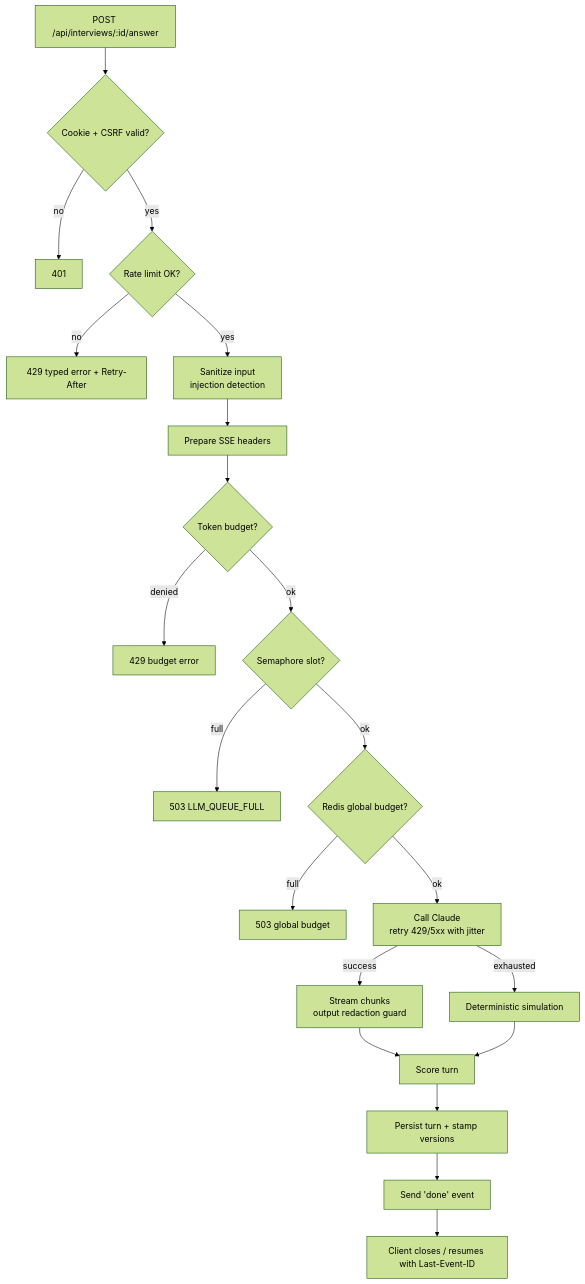
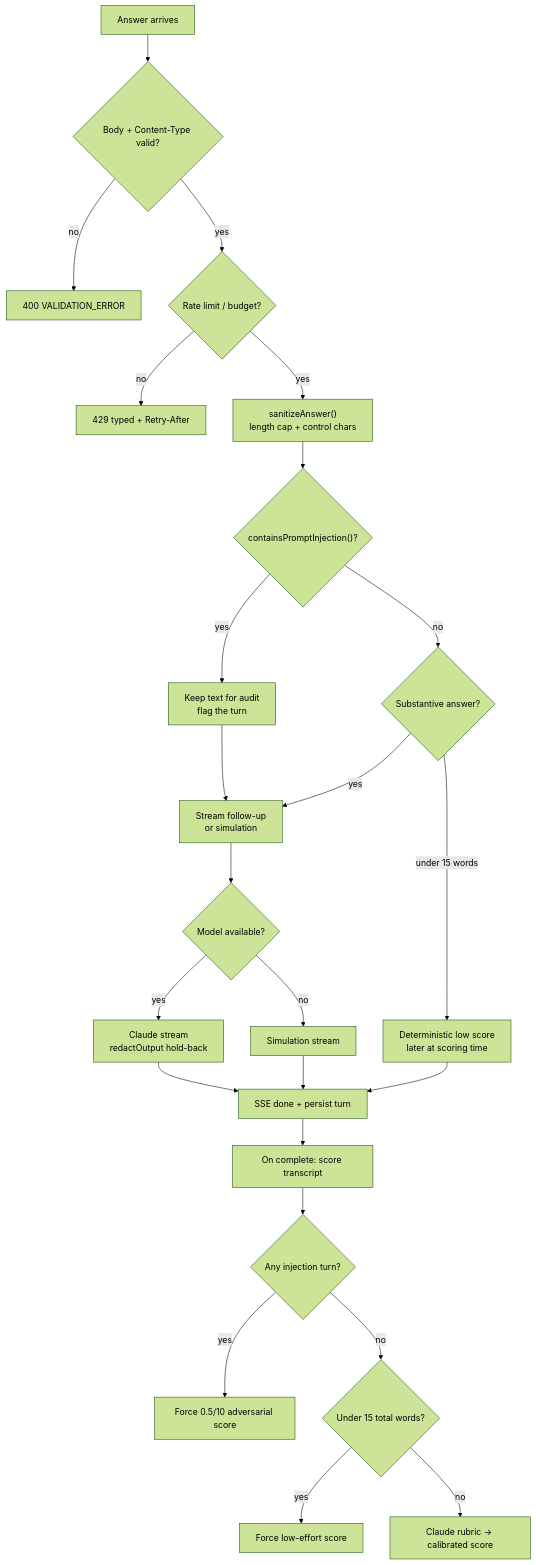
The third of 8 diagrams in README.md (sheikhayaan/PrepAi), drawn with Mermaid (forest theme) before and after one commit. The commit also changed other lines of this file and 11 other files, not shown here.

Commit message:
docs: measured README, six generated SVG figures, bench harness; fix low-effort word-count regex

````diff
--- a/README.md
+++ b/README.md
@@ -233,23 +298,26 @@
 ```mermaid
 flowchart TD
-    A[POST /api/interviews/:id/answer] --> B{Cookie + CSRF valid?}
-    B -- no --> R401[401]
-    B -- yes --> C{Rate limit OK?}
-    C -- no --> R429[429 typed error + Retry-After]
-    C -- yes --> D[Sanitize input<br/>injection detection]
-    D --> E[Prepare SSE headers]
-    E --> F{Token budget?}
-    F -- denied --> R402[429 budget error]
-    F -- ok --> G{Semaphore slot?}
-    G -- full --> R503[503 LLM_QUEUE_FULL]
-    G -- ok --> H{Redis global budget?}
-    H -- full --> R503b[503 global budget]
-    H -- ok --> I[Call Claude<br/>retry 429/5xx with jitter]
-    I -->|success| J[Stream chunks<br/>output redaction guard]
-    I -->|exhausted| K[Deterministic simulation]
-    J --> L[Score turn]
-    K --> L
-    L --> M[Persist turn + stamp versions]
-    M --> N[Send 'done' event]
-    N --> O[Client closes / resumes with Last-Event-ID]
+    A["Answer arrives"] --> B{"Body + Content-Type valid?"}
+    B -- no --> B1["400 VALIDATION_ERROR"]
+    B -- yes --> C{"Rate limit / budget?"}
+    C -- no --> C1["429 typed + Retry-After"]
+    C -- yes --> D["sanitizeAnswer()<br/>length cap + control chars"]
+    D --> E{"containsPromptInjection()?"}
+    E -- yes --> E1["Keep text for audit<br/>flag the turn"]
+    E -- no --> F{"Substantive answer?"}
+    E1 --> G["Stream follow-up<br/>or simulation"]
+    F -- "under 15 words" --> F1["Deterministic low score<br/>later at scoring time"]
+    F -- yes --> G
+    G --> H{"Model available?"}
+    H -- yes --> I["Claude stream<br/>redactOutput hold-back"]
+    H -- no --> J["Simulation stream"]
+    I --> K["SSE done + persist turn"]
+    J --> K
+    F1 --> K
+    K --> L["On complete: score transcript"]
+    L --> M{"Any injection turn?"}
+    M -- yes --> M1["Force 0.5/10 adversarial score"]
+    M -- no --> N{"Under 15 total words?"}
+    N -- yes --> N1["Force low-effort score"]
+    N -- no --> O["Claude rubric → calibrated score"]
 ```
````
